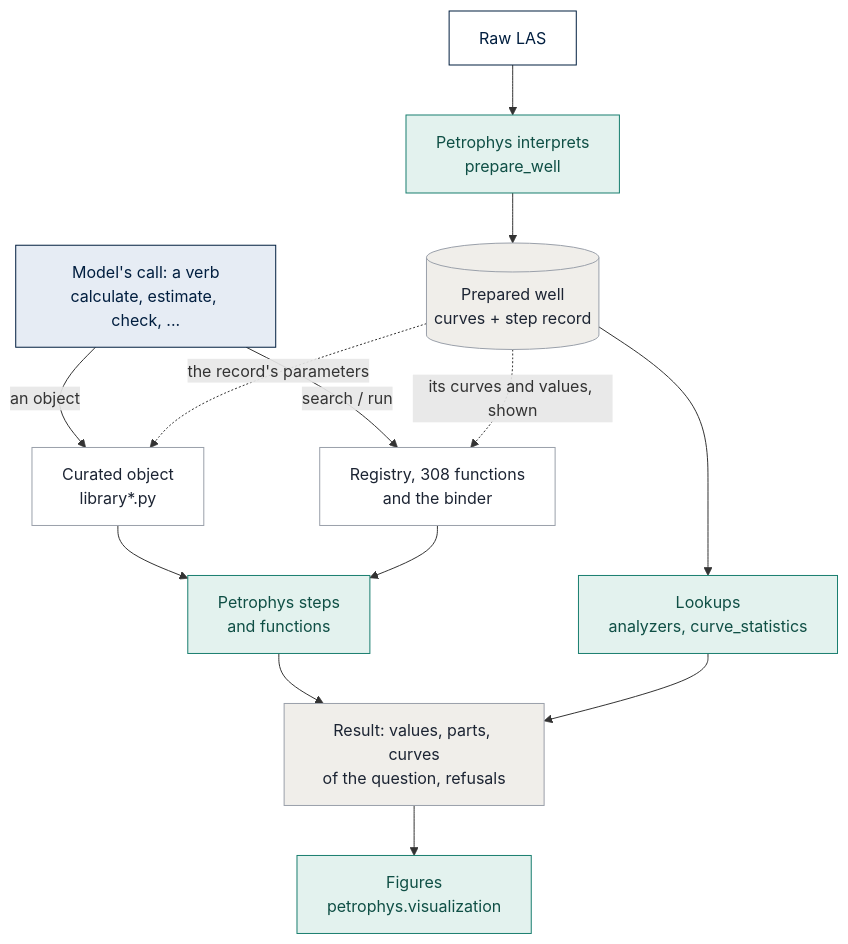
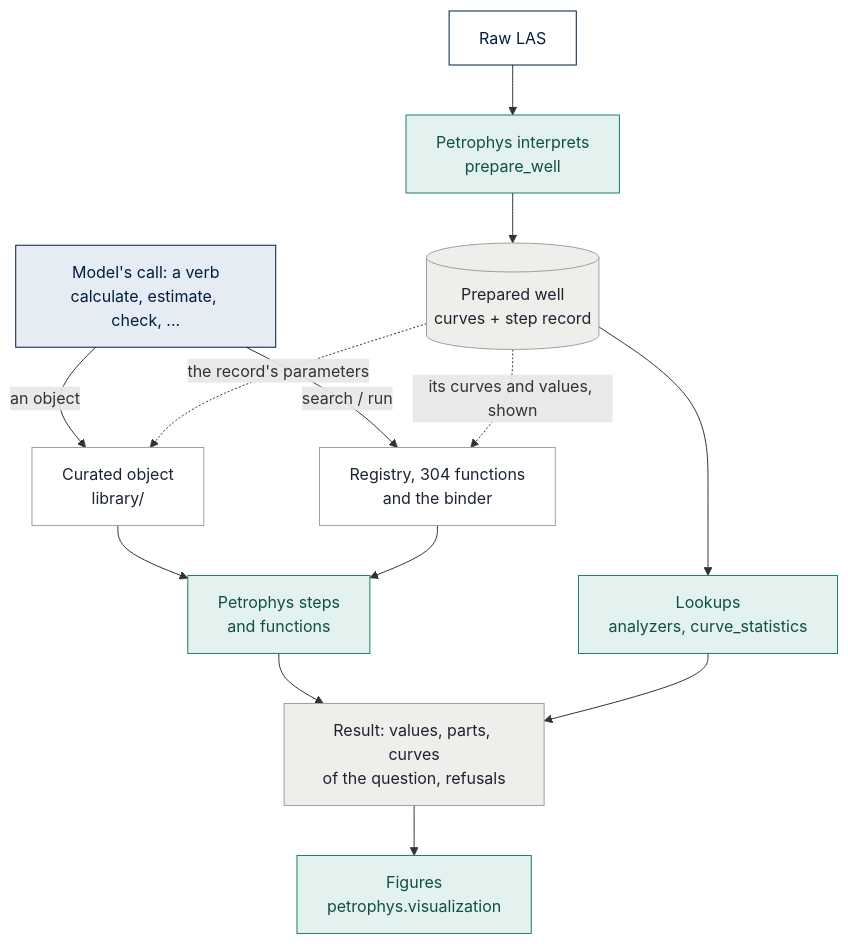
Before and after one commit to sambalshikhar/PetroHarness: the diagram in docs/reference/PETROPHYS_INTEGRATION.md, drawn with Mermaid. The commit also changed other lines of this file and 248 other files, not shown here.

````diff
--- a/docs/reference/PETROPHYS_INTEGRATION.md
+++ b/docs/reference/PETROPHYS_INTEGRATION.md
@@ -11,22 +11,22 @@
 ```mermaid
 flowchart TB
     las["Raw LAS"]:::input --> prep["Petrophys interprets<br/>prepare_well"]:::petrophys
     prep --> rec[("Prepared well<br/>curves + step record")]:::record
     verb["Model's call: a verb<br/>calculate, estimate, check, ..."]:::model
-    verb -->|an object| cur["Curated object<br/>library*.py"]:::code
-    verb -->|search / run| reg["Registry, 308 functions<br/>and the binder"]:::code
+    verb -->|an object| cur["Curated object<br/>library/"]:::code
+    verb -->|search / run| reg["Registry, 304 functions<br/>and the binder"]:::code
     rec -.->|the record's parameters| cur
     rec -.->|its curves and values, shown| reg
     rec --> look["Lookups<br/>analyzers, curve_statistics"]:::petrophys
     cur --> pp["Petrophys steps<br/>and functions"]:::petrophys
     reg --> pp
     pp --> out["Result: values, parts, curves<br/>of the question, refusals"]:::record
     look --> out
     out --> fig["Figures<br/>petrophys.visualization"]:::petrophys
 
     classDef input fill:#ffffff,stroke:#011e3f,color:#011e3f
     classDef model fill:#e6ecf4,stroke:#011e3f,color:#011e3f
     classDef code fill:#ffffff,stroke:#9aa0aa,color:#1c2433
     classDef record fill:#f0eeea,stroke:#9aa0aa,color:#1c2433
     classDef petrophys fill:#e3f2ee,stroke:#197e6f,color:#0f4f45
 ```
````
